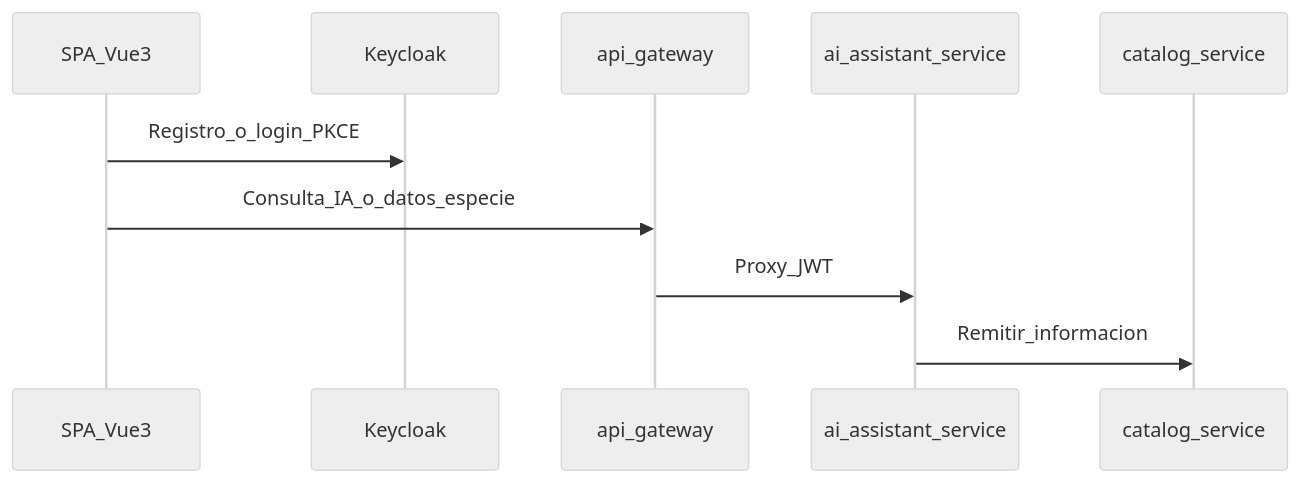
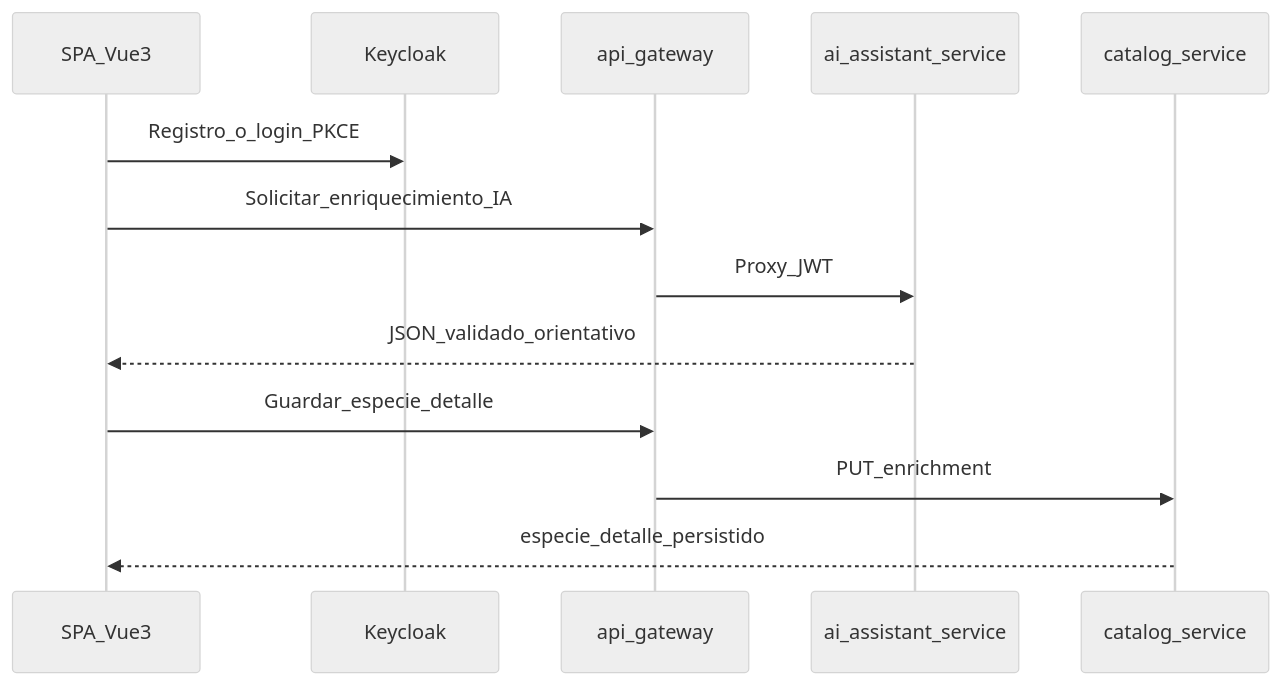
One commit to ldefrutos1/AI4Devs-finalproject changed diagram 12 of 19 in readme.md. Above: the diagram before and after it, drawn with Mermaid (neutral theme). The commit also changed other lines of this file and 19 other files, not shown here.

````diff
--- a/readme.md
+++ b/readme.md
@@ -804,12 +804,15 @@
 ```mermaid
 sequenceDiagram
   participant SPA as SPA_Vue3
   participant KC as Keycloak
   participant GW as api_gateway
   participant AIS as ai_assistant_service
   participant CAT as catalog_service
   SPA->>KC: Registro_o_login_PKCE
-  SPA->>GW: Consulta_IA_o_datos_especie
+  SPA->>GW: Solicitar_enriquecimiento_IA
   GW->>AIS: Proxy_JWT
-  AIS->>CAT: Remitir_informacion
+  AIS-->>SPA: JSON_validado_orientativo
+  SPA->>GW: Guardar_especie_detalle
+  GW->>CAT: PUT_enrichment
+  CAT-->>SPA: especie_detalle_persistido
 ```
````
